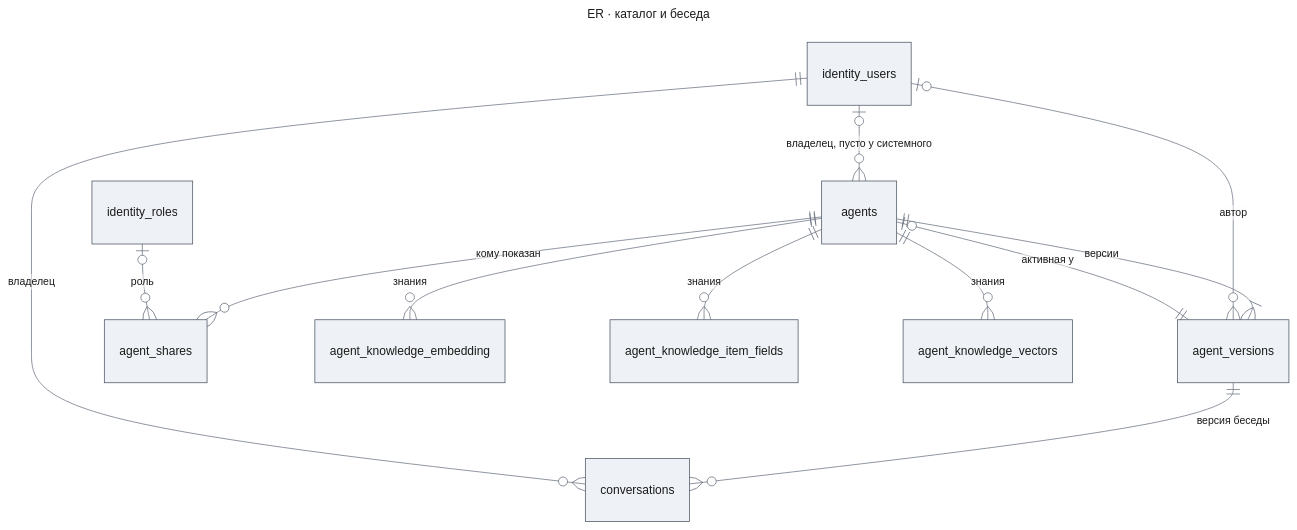
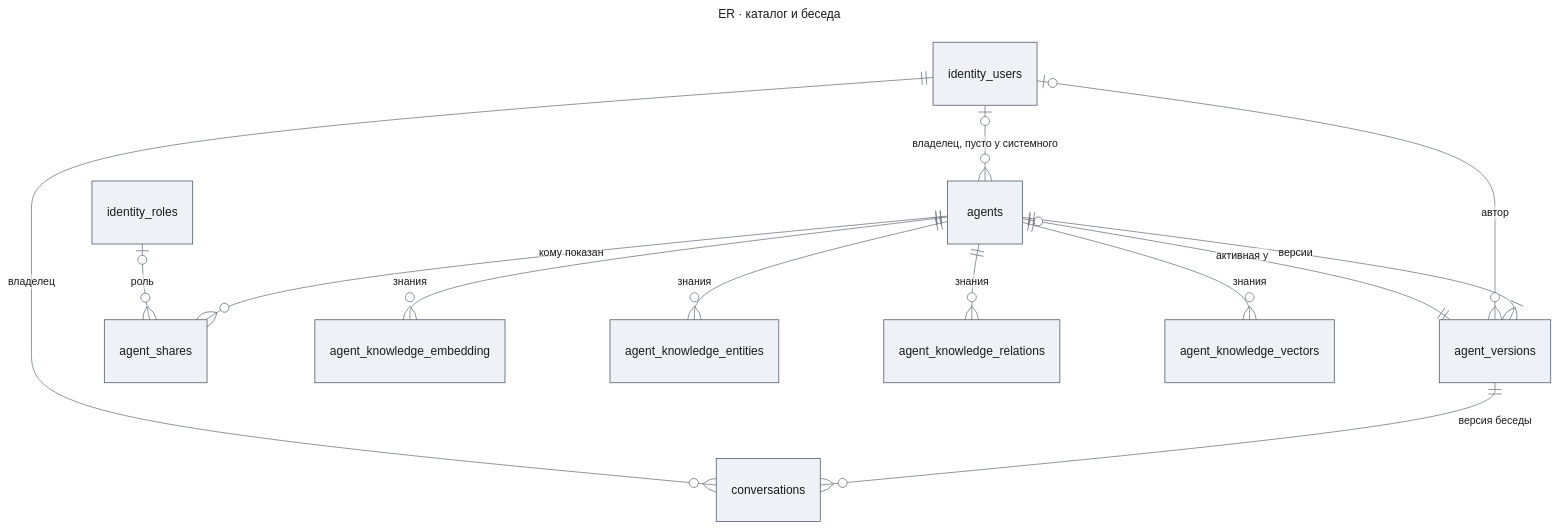
One commit to tundraray/agent-os changed the fifth of 5 diagrams in docs/features/data-model/design-agents.md. Above: the diagram before and after it, drawn with Mermaid. The commit also changed other lines of this file and 25 other files, not shown here.

````diff
--- a/docs/features/data-model/design-agents.md
+++ b/docs/features/data-model/design-agents.md
@@ -454,25 +456,26 @@
 ```mermaid
 ---
 title: "ER · каталог и беседа"
 config:
   theme: base
   look: classic
   themeVariables:
     primaryColor: "#eef1f5"
     primaryBorderColor: "#4b5563"
     primaryTextColor: "#1a1a1a"
     lineColor: "#6b7280"
 ---
 erDiagram
     identity_users |o--o{ agents : "владелец, пусто у системного"
     agents ||--|{ agent_versions : "версии"
     agent_versions ||--o| agents : "активная у"
     identity_users |o--o{ agent_versions : "автор"
     agents ||--o{ agent_shares : "кому показан"
     identity_roles |o--o{ agent_shares : "роль"
     agent_versions ||--o{ conversations : "версия беседы"
     identity_users ||--o{ conversations : "владелец"
     agents ||--o{ agent_knowledge_embedding : "знания"
-    agents ||--o{ agent_knowledge_item_fields : "знания"
+    agents ||--o{ agent_knowledge_entities : "знания"
+    agents ||--o{ agent_knowledge_relations : "знания"
     agents ||--o{ agent_knowledge_vectors : "знания"
 ```
````
